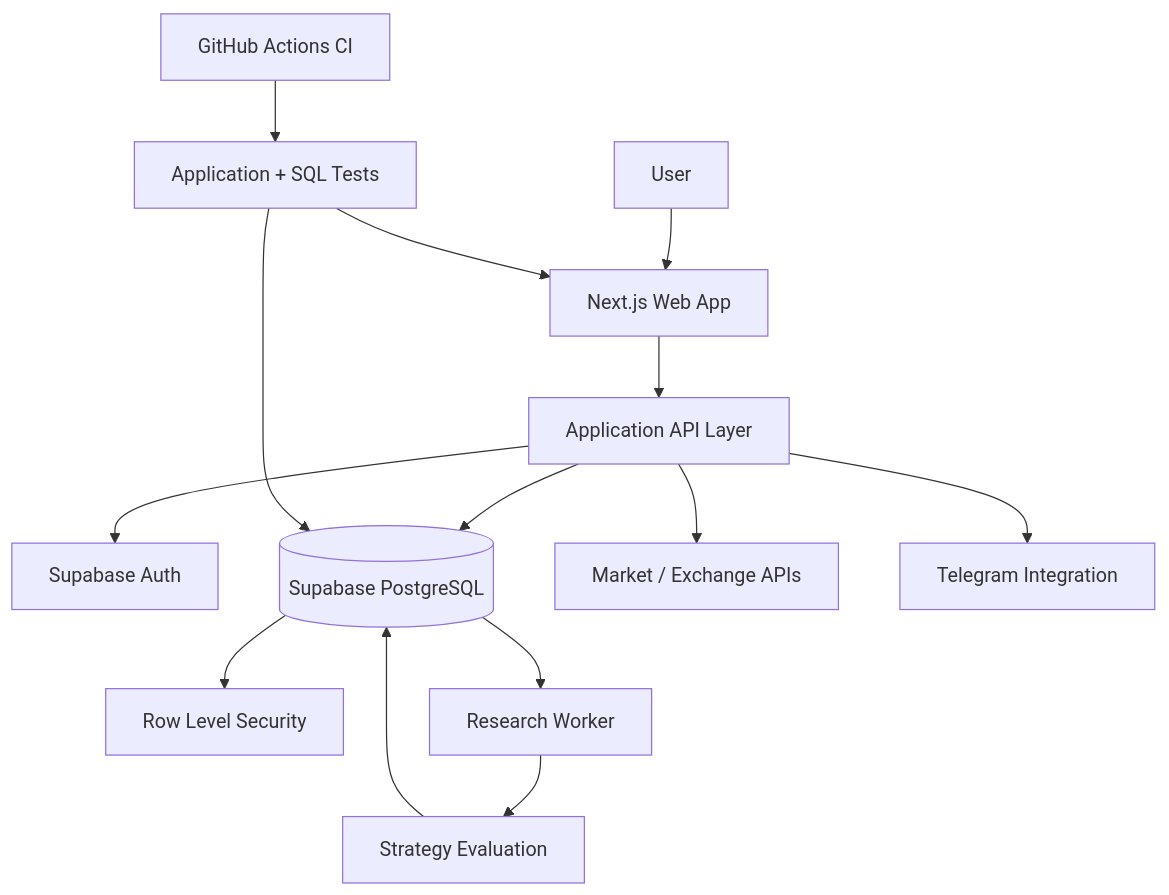
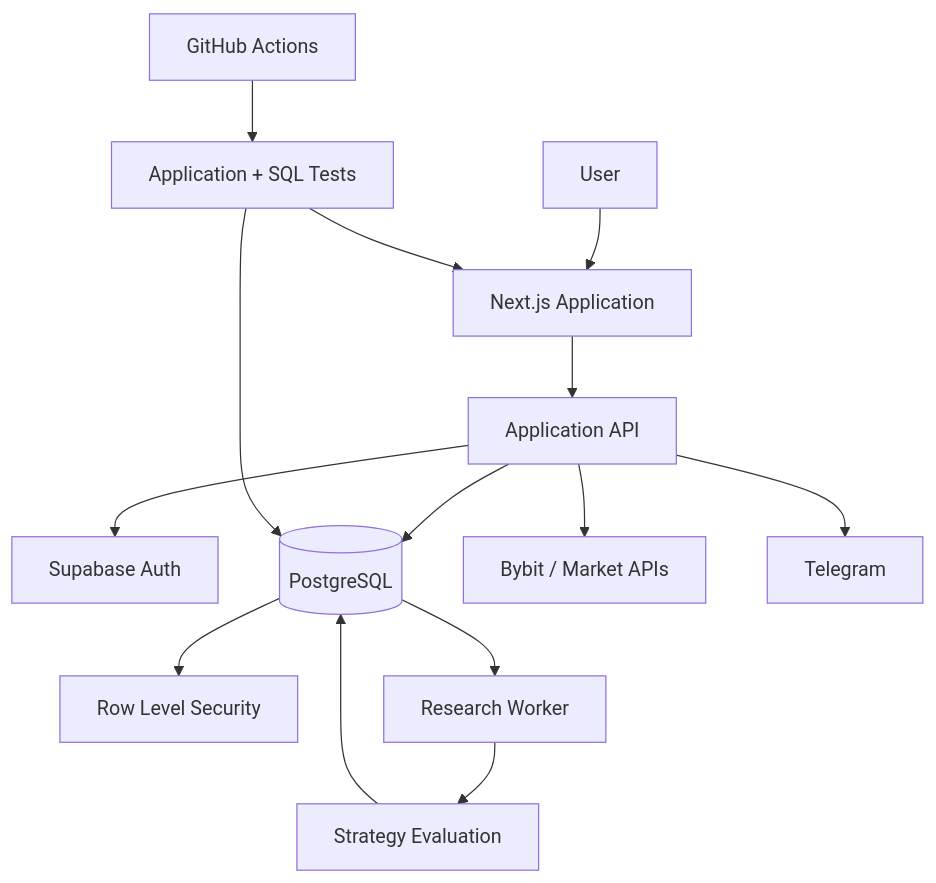
One commit to bondarenkodenis0907-web/tradepilot-ai-showcase changed the diagram in ARCHITECTURE.md. Above: the diagram before and after it, drawn with Mermaid. The commit also changed other lines of this file, not shown here.

Commit message:
docs: clarify TradePilot architecture

````diff
--- a/ARCHITECTURE.md
+++ b/ARCHITECTURE.md
@@ -3,19 +5,20 @@
 ```mermaid
 flowchart TD
-    U[User] --> W[Next.js Web App]
-    W --> API[Application API Layer]
+    U[User] --> WEB[Next.js Application]
+
+    WEB --> API[Application API]
     API --> AUTH[Supabase Auth]
-    API --> DB[(Supabase PostgreSQL)]
+    API --> DB[(PostgreSQL)]
     DB --> RLS[Row Level Security]
 
-    API --> MARKET[Market / Exchange APIs]
-    API --> TG[Telegram Integration]
+    API --> MARKET[Bybit / Market APIs]
+    API --> TG[Telegram]
 
-    DB --> RW[Research Worker]
-    RW --> EVAL[Strategy Evaluation]
-    EVAL --> DB
+    DB --> WORKER[Research Worker]
+    WORKER --> RESEARCH[Strategy Evaluation]
+    RESEARCH --> DB
 
-    CI[GitHub Actions CI] --> TESTS[Application + SQL Tests]
-    TESTS --> W
+    CI[GitHub Actions] --> TESTS[Application + SQL Tests]
+    TESTS --> WEB
     TESTS --> DB
 ```
````
